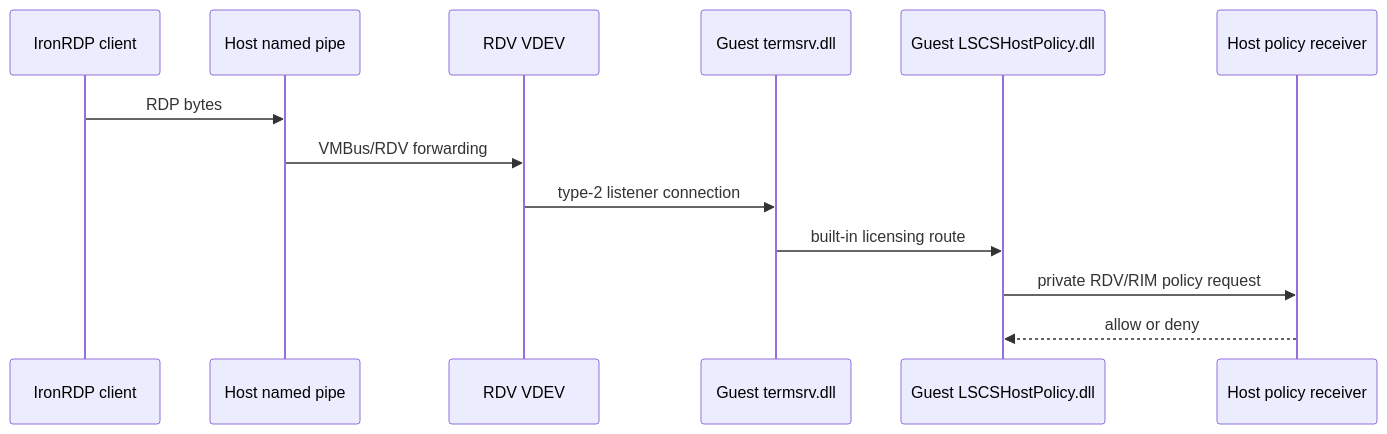
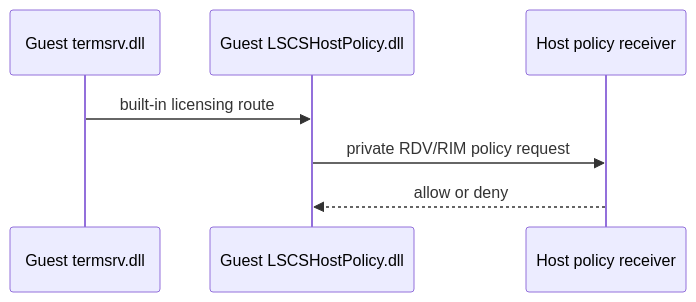
Before and after one commit to Devolutions/IronRDP: the diagram in docs/reversing/windows-sandbox-rdp-transport.md, drawn with Mermaid. The commit also changed other lines of this file and 11 other files, not shown here.

````diff
--- a/docs/reversing/windows-sandbox-rdp-transport.md
+++ b/docs/reversing/windows-sandbox-rdp-transport.md
@@ -47,16 +62,10 @@
 ```mermaid
 sequenceDiagram
-    participant C as IronRDP client
-    participant P as Host named pipe
-    participant R as RDV VDEV
     participant T as Guest termsrv.dll
     participant L as Guest LSCSHostPolicy.dll
     participant H as Host policy receiver
 
-    C->>P: RDP bytes
-    P->>R: VMBus/RDV forwarding
-    R->>T: type-2 listener connection
     T->>L: built-in licensing route
     L->>H: private RDV/RIM policy request
     H-->>L: allow or deny
 ```
````
